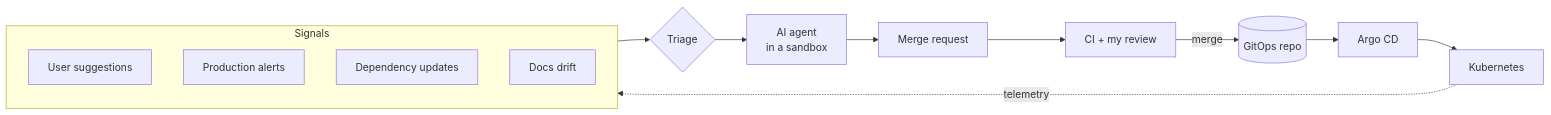
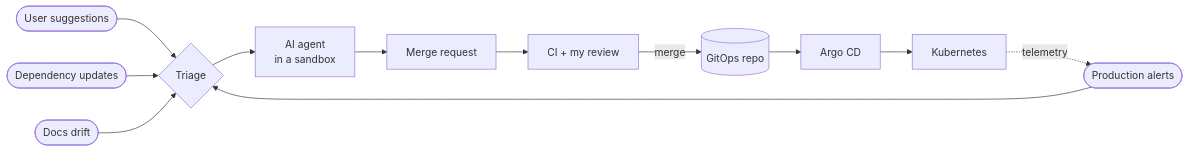
One commit to javirub/javirub changed the diagram in README.md. Above: the diagram before and after it, drawn with Mermaid.

Commit message:
Simplify the delivery flow diagram into a closed loop

````diff
--- a/README.md
+++ b/README.md
@@ -38,18 +38,14 @@
 ```mermaid
 flowchart LR
-  subgraph signals [Signals]
-    direction TB
-    s1[User suggestions]
-    s2[Production alerts]
-    s3[Dependency updates]
-    s4[Docs drift]
-  end
-  signals --> triage{Triage}
-  triage --> agent[AI agent<br/>in a sandbox]
+  s1([User suggestions]) --> triage
+  s2([Production alerts]) --> triage
+  s3([Dependency updates]) --> triage
+  s4([Docs drift]) --> triage
+  triage{Triage} --> agent[AI agent<br/>in a sandbox]
   agent --> mr[Merge request]
   mr --> review[CI + my review]
   review -->|merge| git[(GitOps repo)]
   git --> argo[Argo CD]
   argo --> k8s[Kubernetes]
   k8s -. telemetry .-> s2
 ```
````
